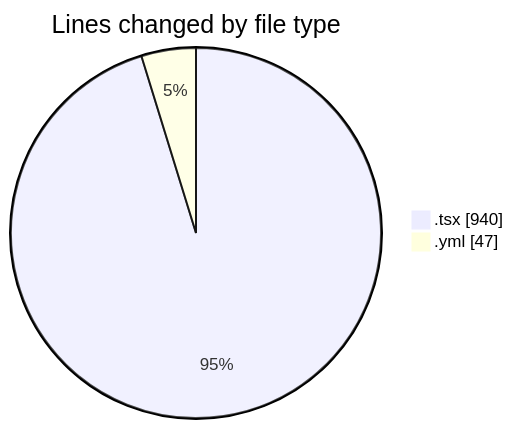
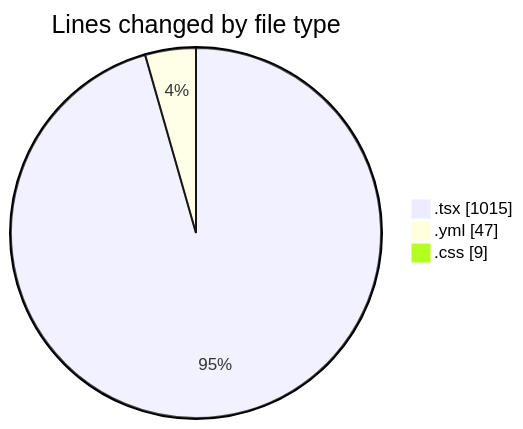
Before and after one commit to robertbonfada/code-tracking: the first of 2 diagrams in 2025-02-05/mbc-web/README.md, drawn with Mermaid. The commit also changed other lines of this file and 1 other file, not shown here.

````diff
--- a/2025-02-05/mbc-web/README.md
+++ b/2025-02-05/mbc-web/README.md
@@ -25,6 +28,7 @@
 ```mermaid
 pie showData
 title Lines changed by file type
-".tsx" : 940
+".tsx" : 1015
 ".yml" : 47
+".css" : 9
 ```
````
